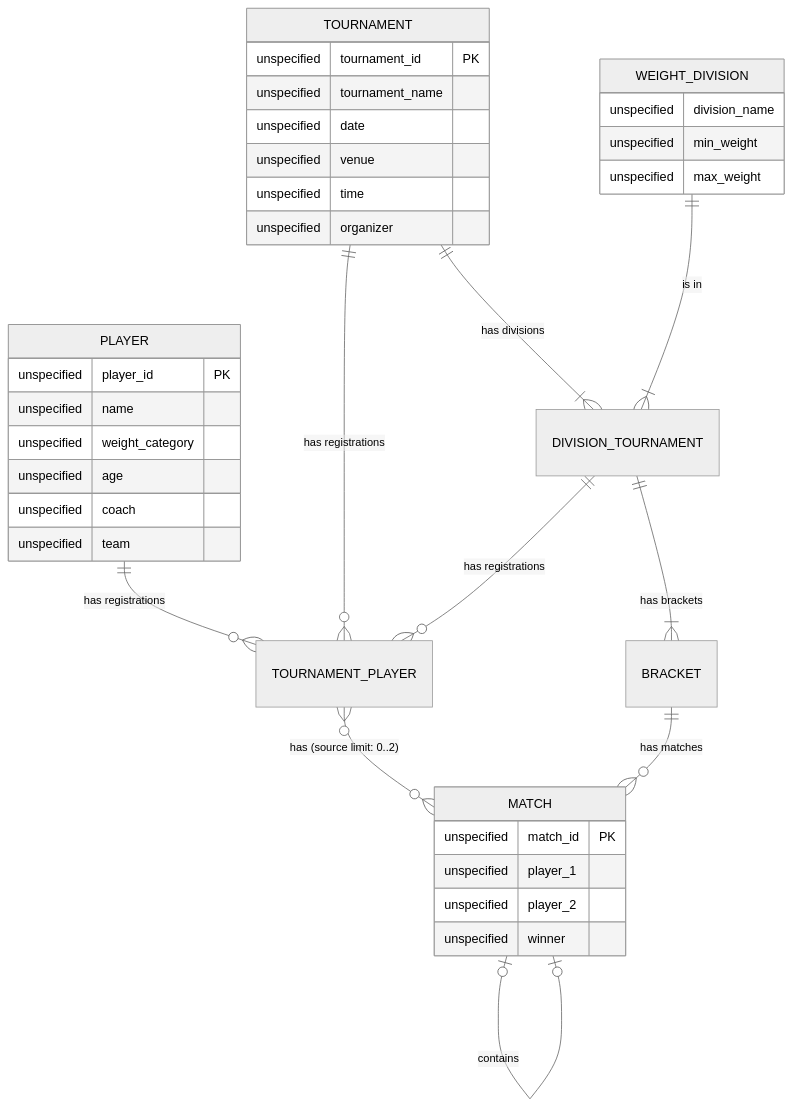
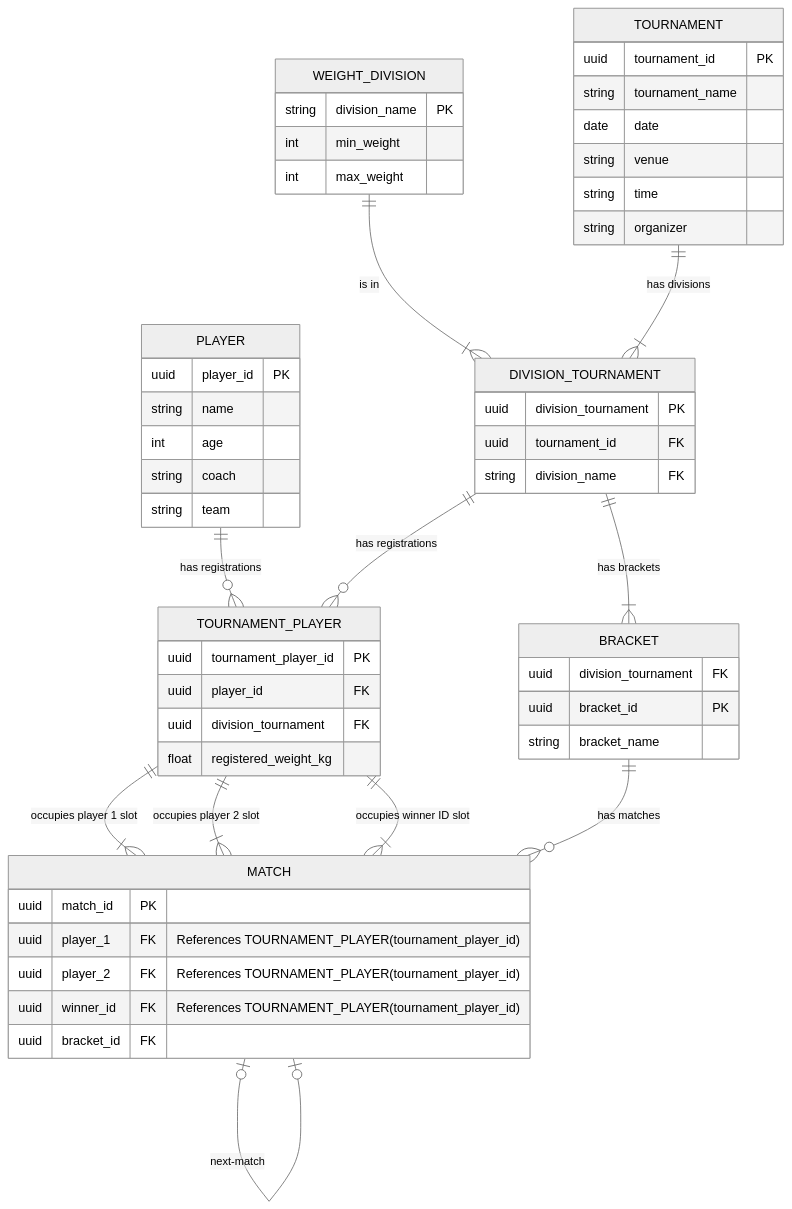
Before and after one commit to Vincent112704/tournament-system: the diagram in tournament-system/database/README.md, drawn with Mermaid (neutral theme). The commit also changed other lines of this file, not shown here.

Commit message:
docs(database/README): updated ERD diagram in docs

````diff
--- a/tournament-system/database/README.md
+++ b/tournament-system/database/README.md
@@ -10,43 +10,65 @@
 ```mermaid
 erDiagram
     TOURNAMENT {
-        unspecified tournament_id PK
-        unspecified tournament_name
-        unspecified date
-        unspecified venue
-        unspecified time
-        unspecified organizer
+        uuid tournament_id PK
+        string tournament_name
+        date date
+        string venue
+        string time
+        string organizer
     }
 
     PLAYER {
-        unspecified player_id PK
-        unspecified name
-        unspecified weight_category
-        unspecified age
-        unspecified coach
-        unspecified team
+        uuid player_id PK
+        string name
+        int age
+        string coach
+        string team
     }
 
     WEIGHT_DIVISION {
-        unspecified division_name
-        unspecified min_weight
-        unspecified max_weight
+        string division_name PK
+        int min_weight
+        int max_weight
     }
 
     MATCH {
-        unspecified match_id PK
-        unspecified player_1
-        unspecified player_2
-        unspecified winner
+        uuid match_id PK
+        uuid player_1 FK "References TOURNAMENT_PLAYER(tournament_player_id)"
+        uuid player_2 FK "References TOURNAMENT_PLAYER(tournament_player_id)"
+        uuid winner_id FK "References TOURNAMENT_PLAYER(tournament_player_id)"
+        uuid bracket_id FK 
     }
 
-    TOURNAMENT ||--o{ TOURNAMENT_PLAYER : "has registrations"
+    DIVISION_TOURNAMENT {
+        uuid division_tournament PK
+        uuid tournament_id FK
+        string division_name FK
+    }
+    
+    TOURNAMENT_PLAYER {
+        uuid tournament_player_id PK
+        uuid player_id FK
+        uuid division_tournament FK
+        float registered_weight_kg 
+    }
+
+    BRACKET {
+        uuid division_tournament FK
+        uuid bracket_id PK
+        string bracket_name
+
+    }
+
+    
     PLAYER ||--o{ TOURNAMENT_PLAYER : "has registrations"
     WEIGHT_DIVISION ||--|{ DIVISION_TOURNAMENT : "is in"
     TOURNAMENT ||--|{ DIVISION_TOURNAMENT : "has divisions"
     DIVISION_TOURNAMENT ||--o{ TOURNAMENT_PLAYER : "has registrations"
     DIVISION_TOURNAMENT ||--|{ BRACKET : "has brackets"
     BRACKET ||--o{ MATCH : "has matches"
-    TOURNAMENT_PLAYER }o--o{ MATCH : "has (source limit: 0..2)"
-    MATCH |o--o| MATCH : "contains"
+    TOURNAMENT_PLAYER ||--|{ MATCH : "occupies player 1 slot"
+    TOURNAMENT_PLAYER ||--|{ MATCH : "occupies player 2 slot"
+    TOURNAMENT_PLAYER ||--|{ MATCH : "occupies winner ID slot"
+    MATCH |o--o| MATCH : "next-match"
 ```
````
